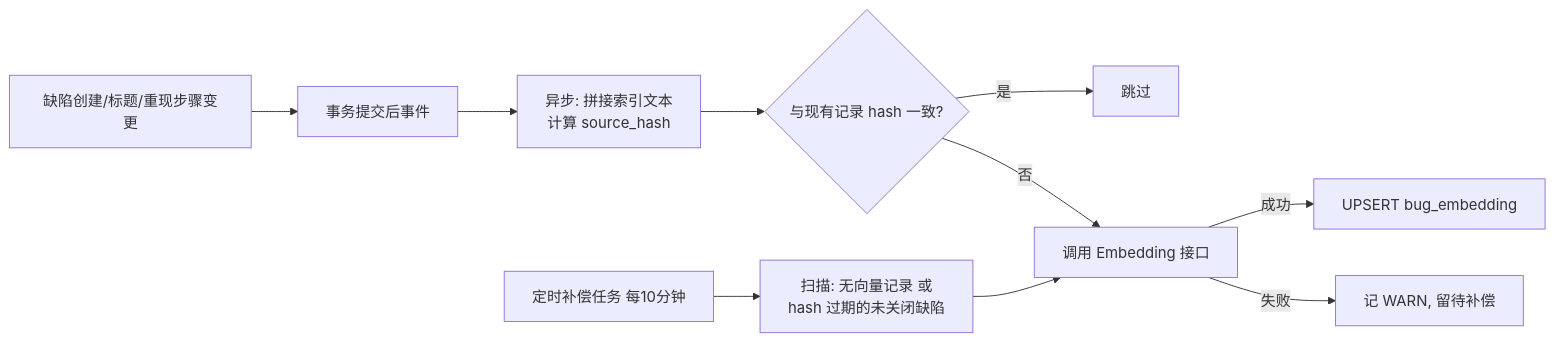
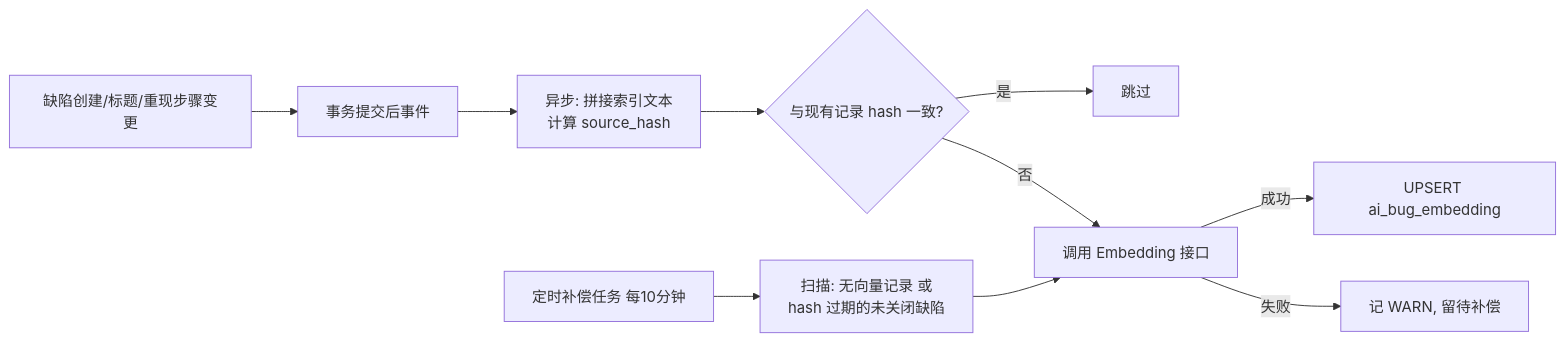
Before and after one commit to XiaoMiSum/robotest: the diagram in docs/详细设计/缺陷智能分析与向量检索详细设计说明书.md, drawn with Mermaid. The commit also changed other lines of this file and 30 other files, not shown here.

````diff
--- a/docs/详细设计/缺陷智能分析与向量检索详细设计说明书.md
+++ b/docs/详细设计/缺陷智能分析与向量检索详细设计说明书.md
@@ -174,12 +174,12 @@
 ```mermaid
 flowchart LR
     A[缺陷创建/标题/重现步骤变更] --> B[事务提交后事件]
     B --> C[异步: 拼接索引文本<br/>计算 source_hash]
     C --> D{与现有记录 hash 一致?}
     D -- 是 --> E[跳过]
     D -- 否 --> F[调用 Embedding 接口]
-    F -- 成功 --> G[UPSERT bug_embedding]
+    F -- 成功 --> G[UPSERT ai_bug_embedding]
     F -- 失败 --> H[记 WARN, 留待补偿]
     I[定时补偿任务 每10分钟] --> J[扫描: 无向量记录 或<br/>hash 过期的未关闭缺陷]
     J --> F
 ```
````
